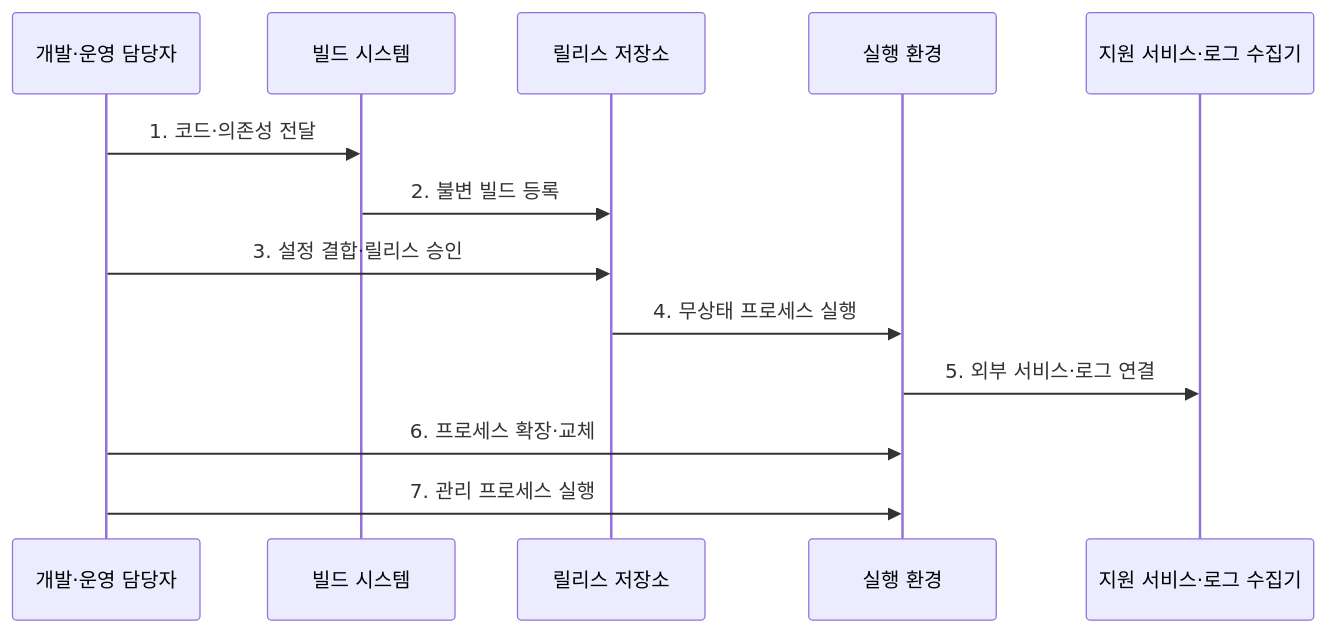
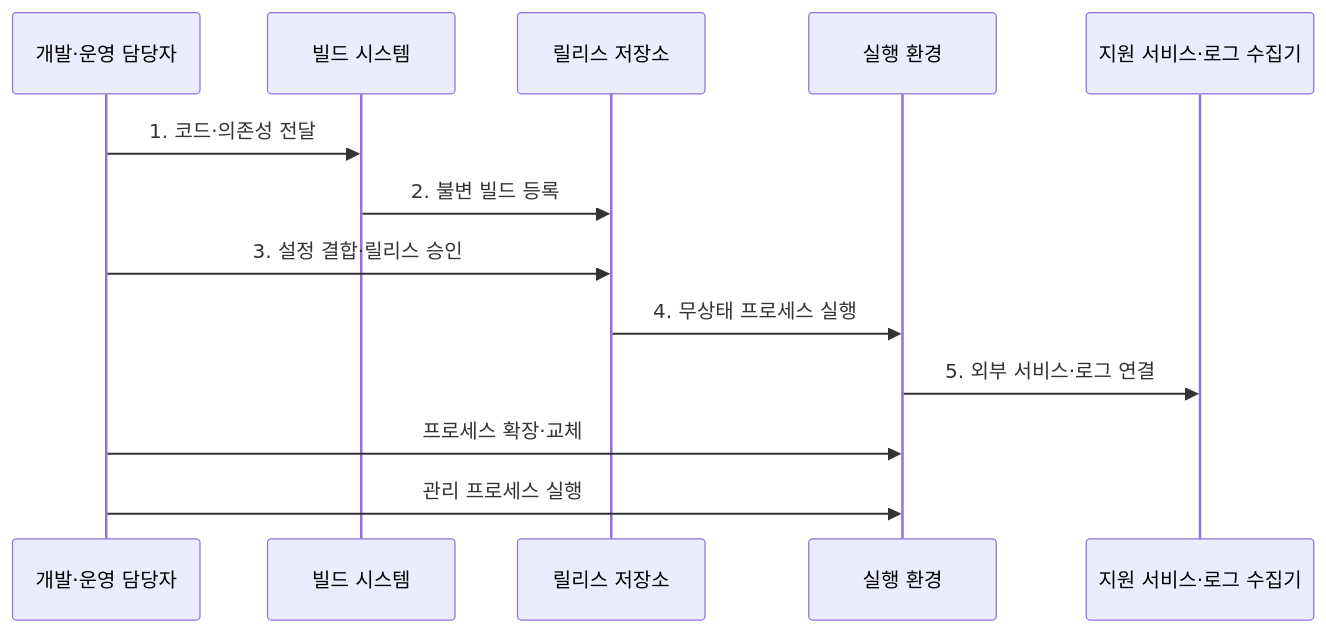
One commit to agnusdei1207/knowledge-base changed the second of 2 diagrams in src/content/docs/notes/03-software/045_twelve_factor_app.md. Above: the diagram before and after it, drawn with Mermaid. The commit also changed other lines of this file and 238 other files, not shown here.

````diff
--- a/src/content/docs/notes/03-software/045_twelve_factor_app.md
+++ b/src/content/docs/notes/03-software/045_twelve_factor_app.md
@@ -92,15 +94,15 @@
 ```mermaid
 sequenceDiagram
     participant D as 개발·운영 담당자
     participant B as 빌드 시스템
     participant R as 릴리스 저장소
     participant P as 실행 환경
     participant S as 지원 서비스·로그 수집기
     D->>B: 1. 코드·의존성 전달
     B->>R: 2. 불변 빌드 등록
     D->>R: 3. 설정 결합·릴리스 승인
     R->>P: 4. 무상태 프로세스 실행
     P->>S: 5. 외부 서비스·로그 연결
-    D->>P: 6. 프로세스 확장·교체
-    D->>P: 7. 관리 프로세스 실행
+    D->>P: 프로세스 확장·교체
+    D->>P: 관리 프로세스 실행
 ```
````
